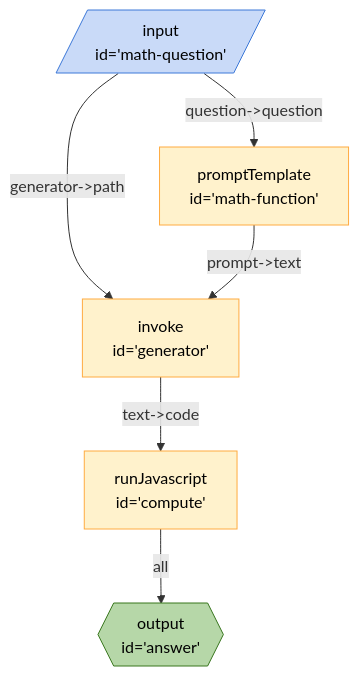
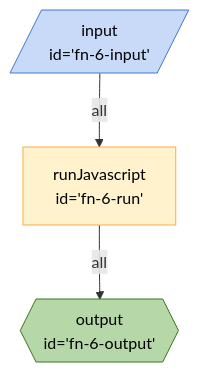
The diagram in packages/breadboard-web/docs/graphs/math.md (breadboard-ai/breadboard), drawn with Mermaid before and after one commit. The commit also changed 43 other files, not shown here.

````diff
--- a/packages/breadboard-web/docs/graphs/math.md
+++ b/packages/breadboard-web/docs/graphs/math.md
@@ -3,17 +3,14 @@
 ```mermaid
 %%{init: 'themeVariables': { 'fontFamily': 'Fira Code, monospace' }}%%
 graph TD;
-compute["runJavascript <br> id='compute'"] -- all --> answer{{"output <br> id='answer'"}}:::output
-generator["invoke <br> id='generator'"] -- "text->code" --> compute["runJavascript <br> id='compute'"]
-mathquestion[/"input <br> id='math-question'"/]:::input -- "question->question" --> mathfunction["promptTemplate <br> id='math-function'"]
-mathquestion[/"input <br> id='math-question'"/]:::input -- "generator->path" --> generator["invoke <br> id='generator'"]
-mathfunction["promptTemplate <br> id='math-function'"] -- "prompt->text" --> generator["invoke <br> id='generator'"]
+fn6input[/"input <br> id='fn-6-input'"/]:::input -- all --> fn6run["runJavascript <br> id='fn-6-run'"]
+fn6run["runJavascript <br> id='fn-6-run'"] -- all --> fn6output{{"output <br> id='fn-6-output'"}}:::output
 classDef default stroke:#ffab40,fill:#fff2ccff,color:#000
 classDef input stroke:#3c78d8,fill:#c9daf8ff,color:#000
 classDef output stroke:#38761d,fill:#b6d7a8ff,color:#000
 classDef passthrough stroke:#a64d79,fill:#ead1dcff,color:#000
 classDef slot stroke:#a64d79,fill:#ead1dcff,color:#000
 classDef config stroke:#a64d79,fill:#ead1dcff,color:#000
 classDef secrets stroke:#db4437,fill:#f4cccc,color:#000
 classDef slotted stroke:#a64d79
 ```
````
